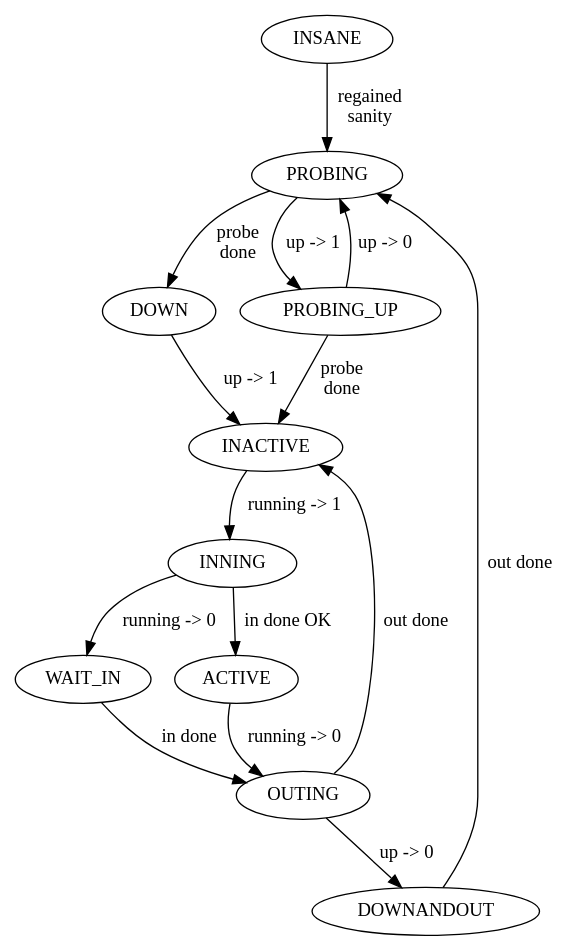
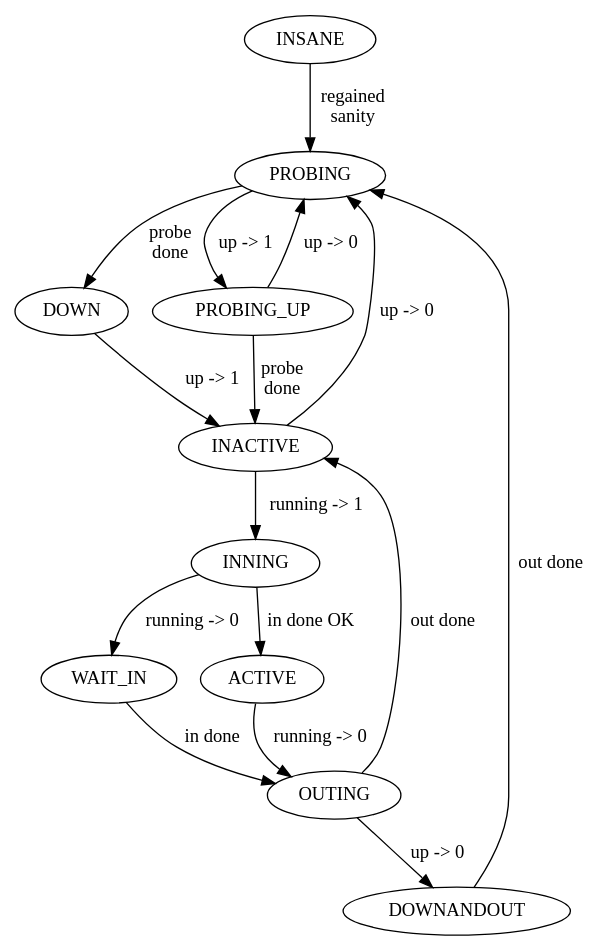
One commit to pali/netplug changed the diagram in docs/state-machine.dot. Above: the diagram before and after it, drawn with Graphviz. The commit also changed 2 other files, not shown here.

```diff
--- a/docs/state-machine.dot
+++ b/docs/state-machine.dot
@@ -1,38 +1,39 @@
 /* -*- c -*- */
 
 digraph state_machine {
   insane [label="INSANE"];
   probing [label="PROBING"];
   down [label="DOWN"];
   inactive [label="INACTIVE"];
   inning [label="INNING"];
   wait_in [label="WAIT_IN"];
   outing [label="OUTING"];
   downandout [label="DOWNANDOUT"];
   active [label="ACTIVE"];
   probing_up [label="PROBING_UP"];
 
   insane -> probing [label="regained\nsanity"];
 
   probing -> down [label="probe\ndone"];
   probing -> probing_up [label="up -> 1"];
 
   down -> inactive [label="up -> 1"];
 
   probing_up -> inactive [label="probe\ndone"];
   probing_up -> probing [label="up -> 0"];
 
   inactive -> inning [label="running -> 1"];
+  inactive -> probing [label="up -> 0"];
 
   inning -> wait_in [label="running -> 0"];
   inning -> active [label="in done OK"];
 
   wait_in -> outing [label="in done"];
 
   active -> outing [label="running -> 0"];
 
   outing -> downandout [label="up -> 0"];
   outing -> inactive [label="out done"];
 
   downandout -> probing [label="out done"];
 }
```
